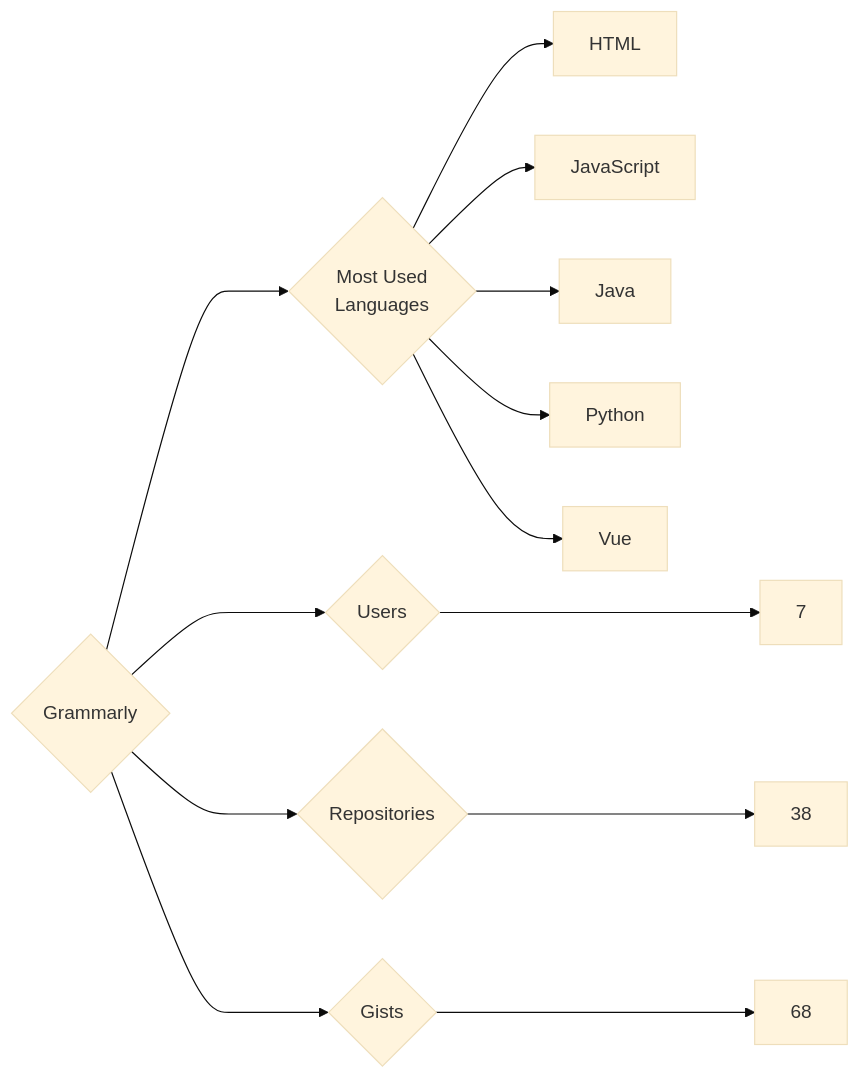
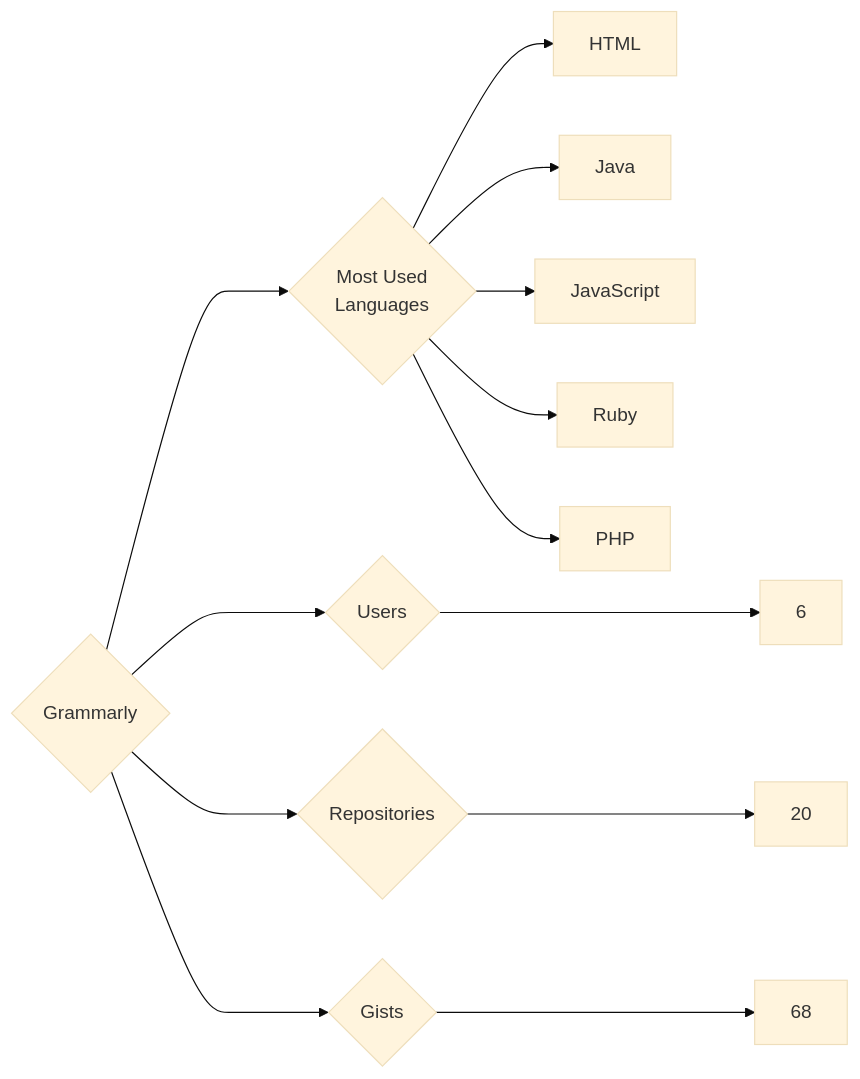
The diagram in targets/Grammarly/README.md (trickest/insiders), drawn with Mermaid (base theme) before and after one commit. The commit also changed 873 other files, not shown here.

````diff
--- a/targets/Grammarly/README.md
+++ b/targets/Grammarly/README.md
@@ -3,13 +3,13 @@
 ```mermaid
 graph LR
 COMPANY_NAME{Grammarly}
-COMPANY_NAME ---> U{Users} ---> UN[7]
-COMPANY_NAME ---> R{Repositories} ---> RN[38]
+COMPANY_NAME ---> U{Users} ---> UN[6]
+COMPANY_NAME ---> R{Repositories} ---> RN[20]
 COMPANY_NAME ---> G{Gists} ---> GN[68]
 COMPANY_NAME ---> ML{Most Used<br>Languages}
 ML --> HTML[HTML]
+ML --> Java[Java]
 ML --> JavaScript[JavaScript]
-ML --> Java[Java]
-ML --> Python[Python]
-ML --> Vue[Vue]
+ML --> Ruby[Ruby]
+ML --> PHP[PHP]
 ```
````
